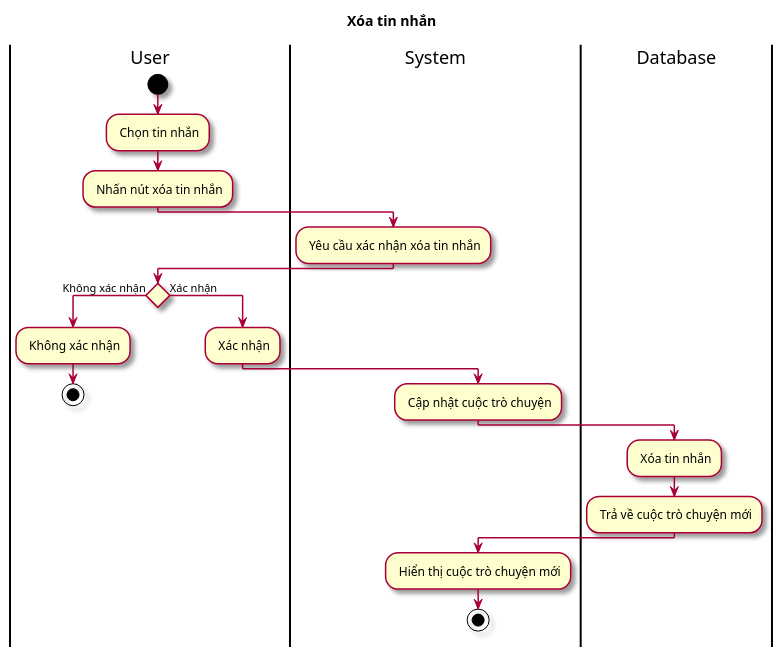
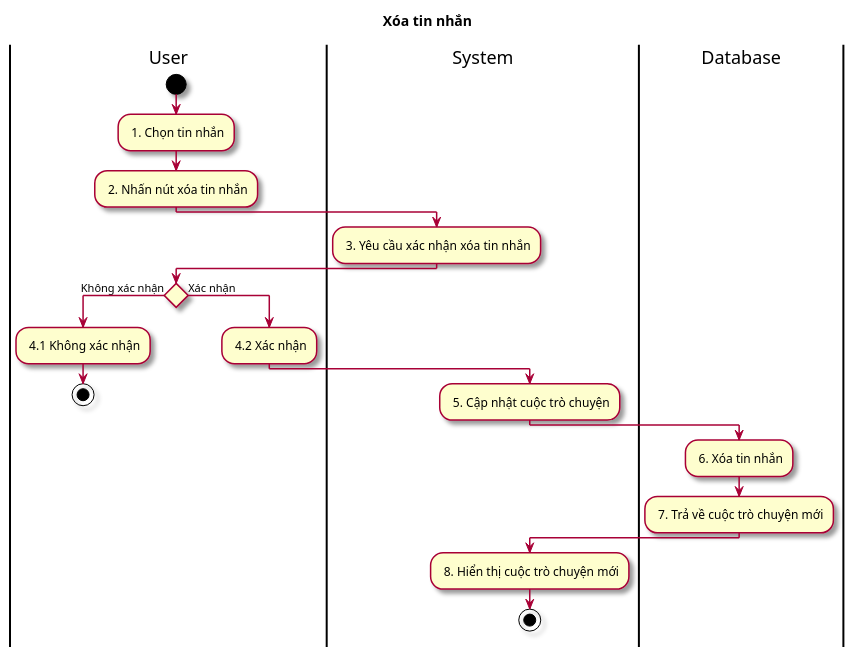
Before and after one commit to Griselda4774/EAS-EmploymentAssistanceSystem: the diagram in Lab1/Lab 1.2 Diagram/Activity/FileUML/11.4. ActXoaTinNhan.puml, drawn with PlantUML. The commit also changed 44 other files, not shown here.

Commit message:
update act diagram

```diff
--- a/Lab1/Lab 1.2 Diagram/Activity/FileUML/11.4. ActXoaTinNhan.puml
+++ b/Lab1/Lab 1.2 Diagram/Activity/FileUML/11.4. ActXoaTinNhan.puml
@@ -1,26 +1,26 @@
 @startuml ActXoaTinNhan
 
 skin rose
 title Xóa tin nhắn
 
 |User|
 start 
-: Chọn tin nhắn;
-: Nhấn nút xóa tin nhắn;
+: 1. Chọn tin nhắn;
+: 2. Nhấn nút xóa tin nhắn;
 |System|
-: Yêu cầu xác nhận xóa tin nhắn;
+: 3. Yêu cầu xác nhận xóa tin nhắn;
 |User|
 if () then (Không xác nhận)
-: Không xác nhận;
+: 4.1 Không xác nhận;
 stop
 else (Xác nhận)
-: Xác nhận;
+: 4.2 Xác nhận;
 |System|
-: Cập nhật cuộc trò chuyện;
+: 5. Cập nhật cuộc trò chuyện;
 |Database|
-: Xóa tin nhắn;
-: Trả về cuộc trò chuyện mới;
+: 6. Xóa tin nhắn;
+: 7. Trả về cuộc trò chuyện mới;
 |System|
-: Hiển thị cuộc trò chuyện mới;
+: 8. Hiển thị cuộc trò chuyện mới;
 stop
 @enduml
```
